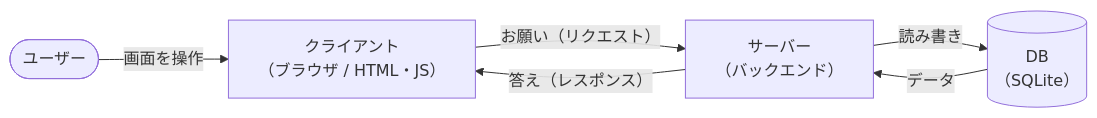
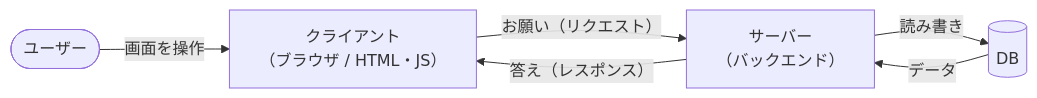
The first of 2 diagrams in web/Web基礎.md (Vision-Programming-Training/training-shared), drawn with Mermaid before and after one commit. The commit also changed other lines of this file, not shown here.

First line of the commit message:
Web基礎資料の文章と図を調整

````diff
--- a/web/Web基礎.md
+++ b/web/Web基礎.md
@@ -20,13 +20,13 @@
 ```mermaid
 flowchart LR
     user([ユーザー])
     client["クライアント<br>（ブラウザ / HTML・JS）"]
     server["サーバー<br>（バックエンド）"]
-    db[("DB<br>（SQLite）")]
+    db[("DB")]
 
     user -->|画面を操作| client
     client -->|お願い（リクエスト）| server
     server -->|答え（レスポンス）| client
     server -->|読み書き| db
     db -->|データ| server
 ```
````
